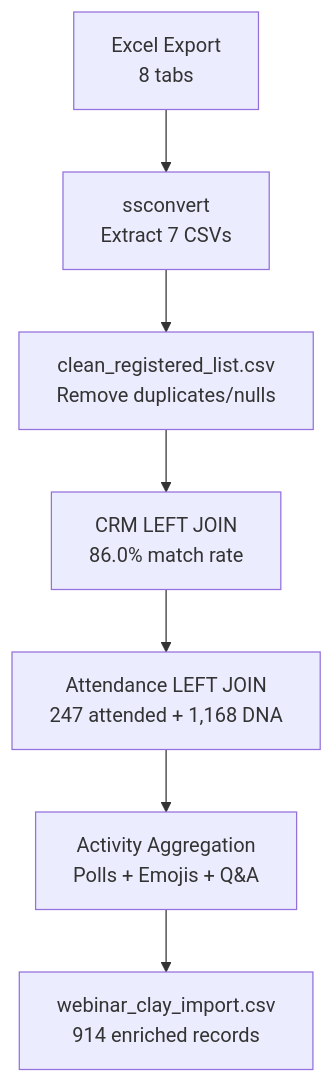
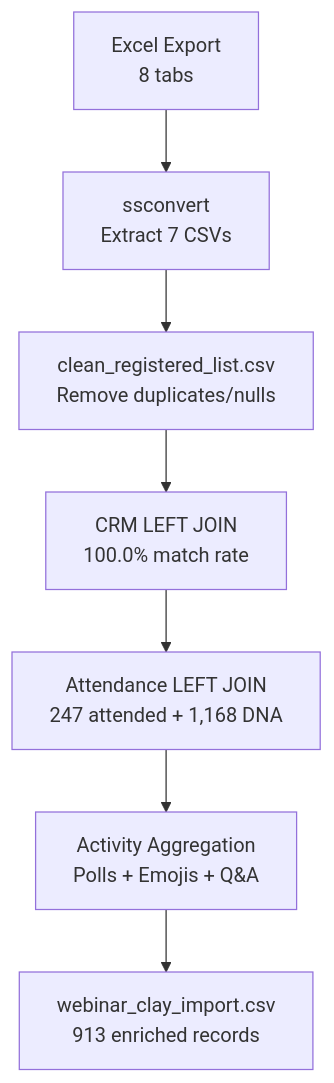
Before and after one commit to frankterpo/clay_gtm: the first of 3 diagrams in README.md, drawn with Mermaid. The commit also changed other lines of this file and 1 other file, not shown here.

First line of the commit message:
🛡️ CRITICAL FIX - Preserve LinkedIn URLs for Clay Enrichment

````diff
--- a/README.md
+++ b/README.md
@@ -19,9 +19,9 @@
 ```mermaid
 flowchart TD
     A[Excel Export<br/>8 tabs] --> B[ssconvert<br/>Extract 7 CSVs]
     B --> C[clean_registered_list.csv<br/>Remove duplicates/nulls]
-    C --> D[CRM LEFT JOIN<br/>86.0% match rate]
+    C --> D[CRM LEFT JOIN<br/>100.0% match rate]
     D --> E[Attendance LEFT JOIN<br/>247 attended + 1,168 DNA]
     E --> F[Activity Aggregation<br/>Polls + Emojis + Q&A]
-    F --> G[webinar_clay_import.csv<br/>914 enriched records]
+    F --> G[webinar_clay_import.csv<br/>913 enriched records]
 ```
````
